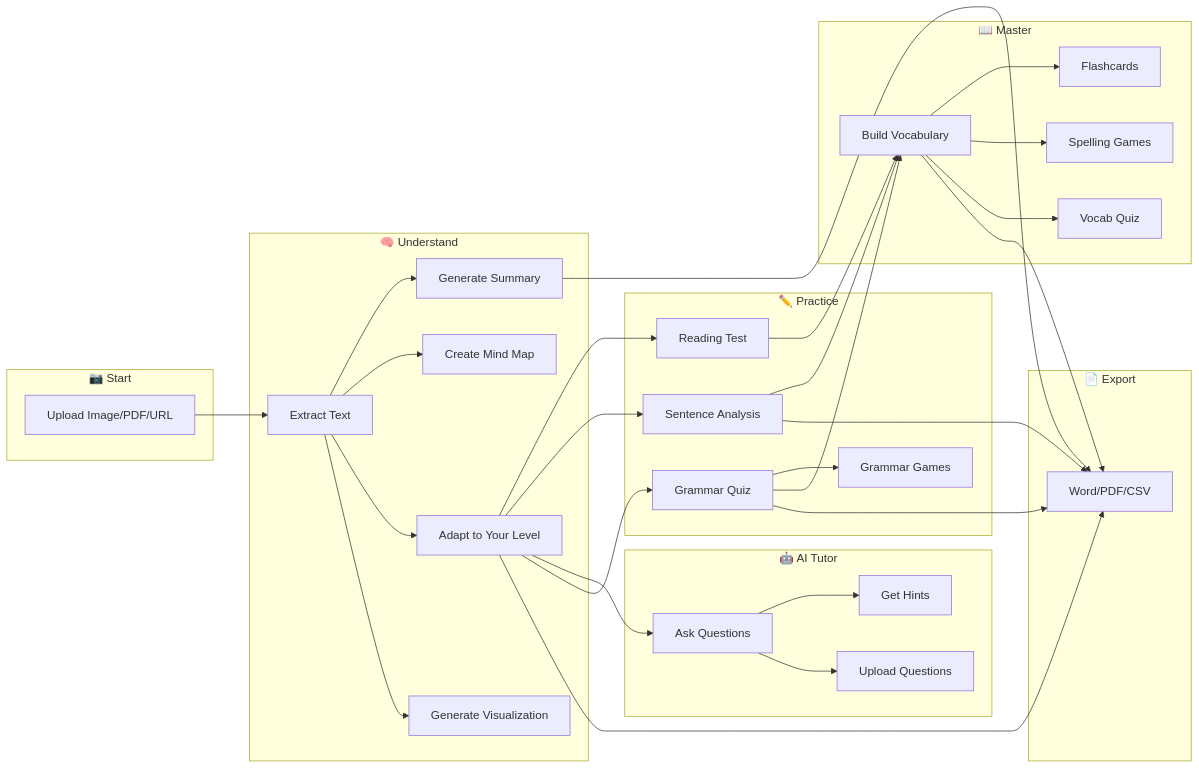
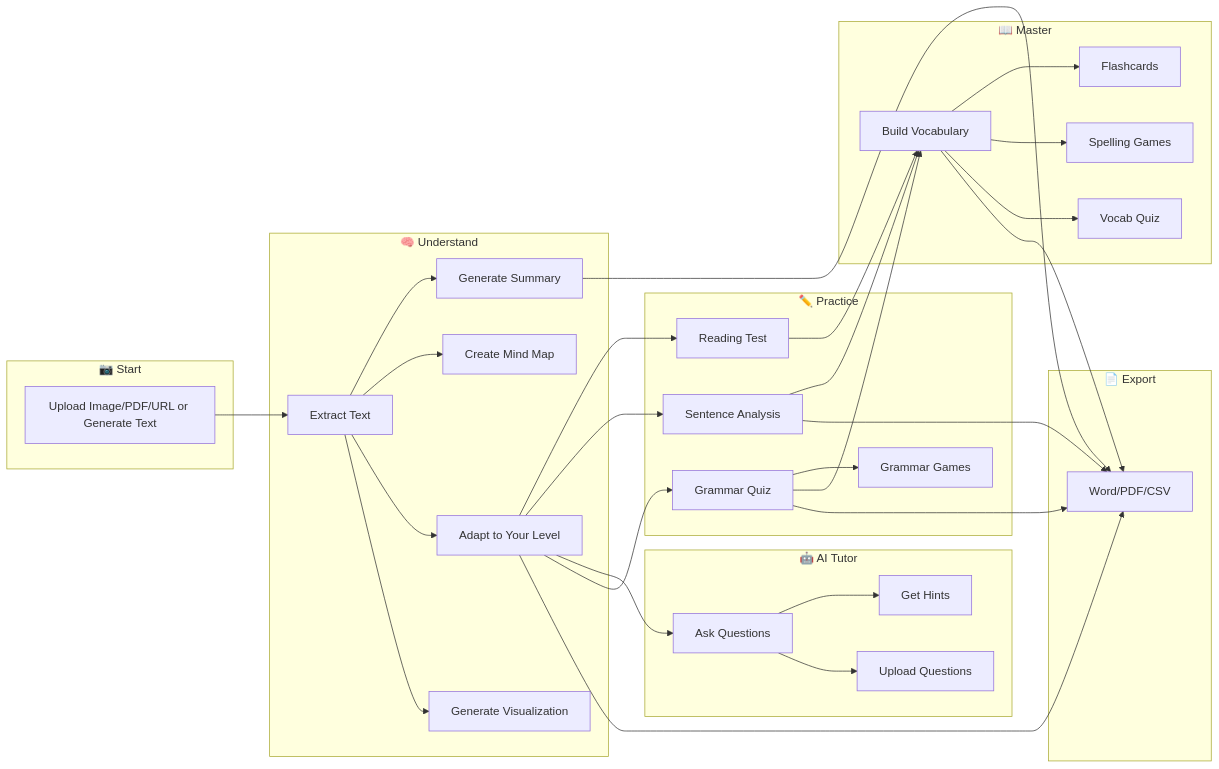
The diagram in README.md (bentwnghk/reading-assistant), drawn with Mermaid before and after one commit. The commit also changed other lines of this file, not shown here.

````diff
--- a/README.md
+++ b/README.md
@@ -34,49 +34,49 @@
 ```mermaid
 flowchart LR
     subgraph INPUT["📷 Start"]
-        A[Upload Image/PDF/URL]
+        A[Upload Image/PDF/URL or Generate Text]
     end
     
     subgraph UNDERSTAND["🧠 Understand"]
         B[Extract Text]
         C[Generate Summary]
         D[Create Mind Map]
         E[Adapt to Your Level]
         Q[Generate Visualization]
     end
     
     subgraph TUTOR["🤖 AI Tutor"]
         M[Ask Questions]
         N[Get Hints]
         O[Upload Questions]
     end
     
     subgraph PRACTICE["✏️ Practice"]
         F[Reading Test]
         G[Sentence Analysis]
         P[Grammar Quiz]
         R[Grammar Games]
     end
     
     subgraph MASTER["📖 Master"]
         H[Build Vocabulary]
         I[Flashcards]
         J[Spelling Games]
         K[Vocab Quiz]
     end
     
     subgraph EXPORT["📄 Export"]
         L[Word/PDF/CSV]
     end
     
     A --> B
     B --> C & D & E & Q
     E --> F & G & M & P
     P --> R
     M --> N & O
     G --> H
     F --> H
     P --> H
     H --> I & J & K
     C & E & G & H & P --> L
 ```
````
